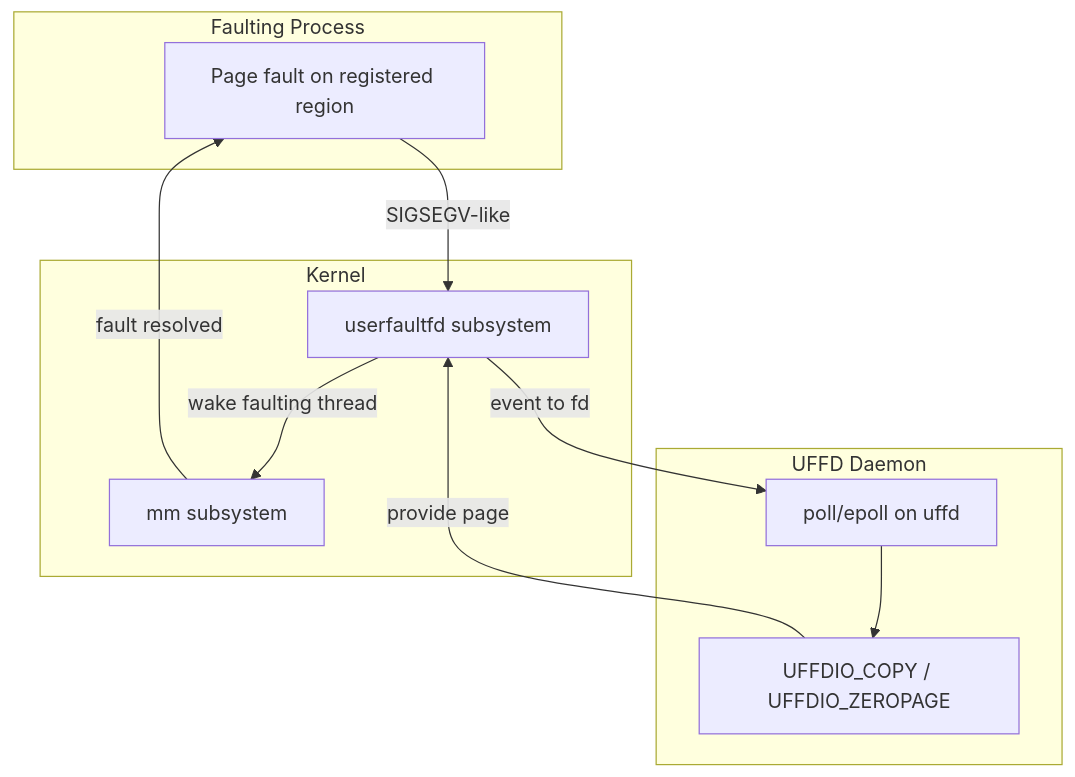
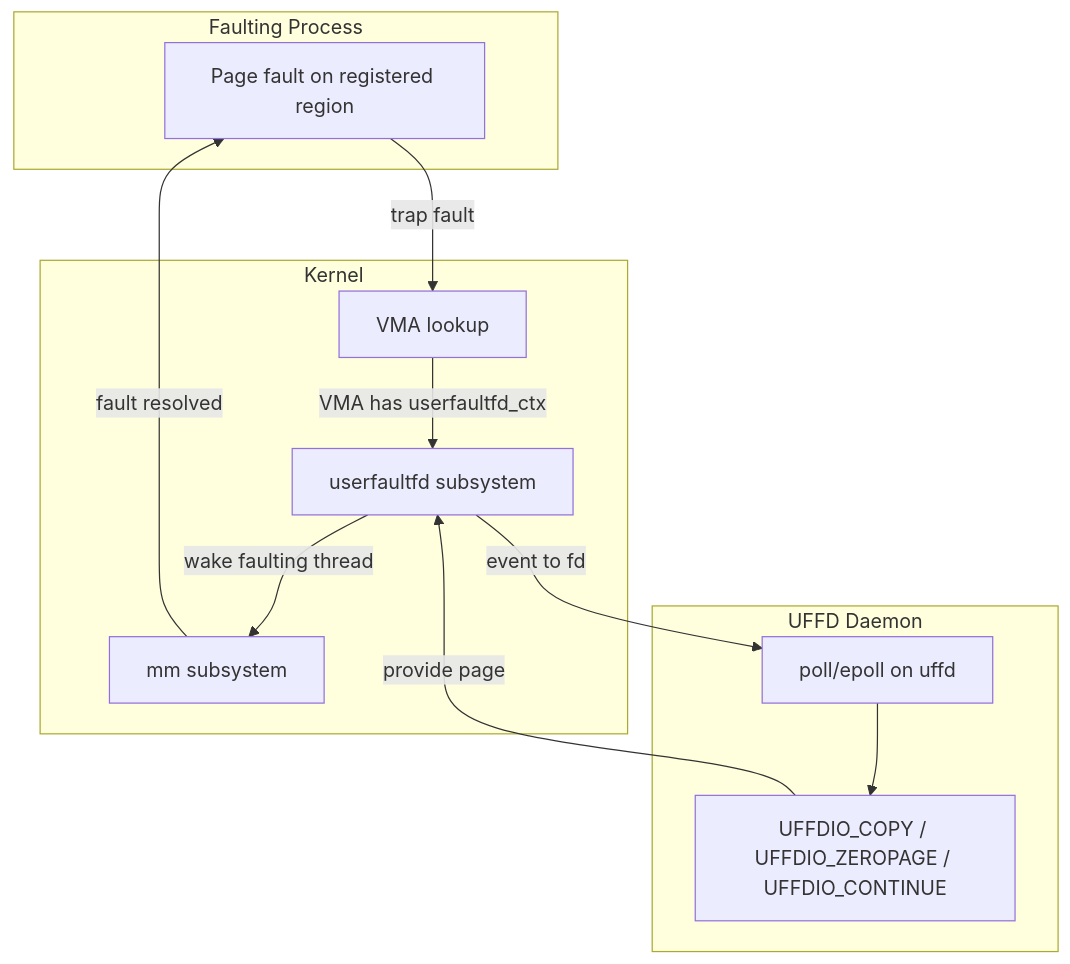
Before and after one commit to Abhinav-Kumar012/lb2: the first of 3 diagrams in src/kernel/memory/userfaultfd.md, drawn with Mermaid. The commit also changed other lines of this file, not shown here.

Commit message:
Expand userfaultfd.md: add kernel internals, fault resolution methods, security, performance analysis

````diff
--- a/src/kernel/memory/userfaultfd.md
+++ b/src/kernel/memory/userfaultfd.md
@@ -17,23 +33,25 @@
 ```mermaid
 flowchart TD
     subgraph Process["Faulting Process"]
         FAULT["Page fault on registered region"]
     end
 
     subgraph Kernel["Kernel"]
         UFFD["userfaultfd subsystem"]
         MM["mm subsystem"]
+        VMA["VMA lookup"]
     end
 
     subgraph Daemon["UFFD Daemon"]
         POLL["poll/epoll on uffd"]
-        RESOLVE["UFFDIO_COPY / UFFDIO_ZEROPAGE"]
+        RESOLVE["UFFDIO_COPY / UFFDIO_ZEROPAGE / UFFDIO_CONTINUE"]
     end
 
-    FAULT -->|SIGSEGV-like| UFFD
+    FAULT -->|trap fault| VMA
+    VMA -->|VMA has userfaultfd_ctx| UFFD
     UFFD -->|event to fd| POLL
     POLL --> RESOLVE
     RESOLVE -->|provide page| UFFD
     UFFD -->|wake faulting thread| MM
     MM -->|fault resolved| FAULT
 ```
````
